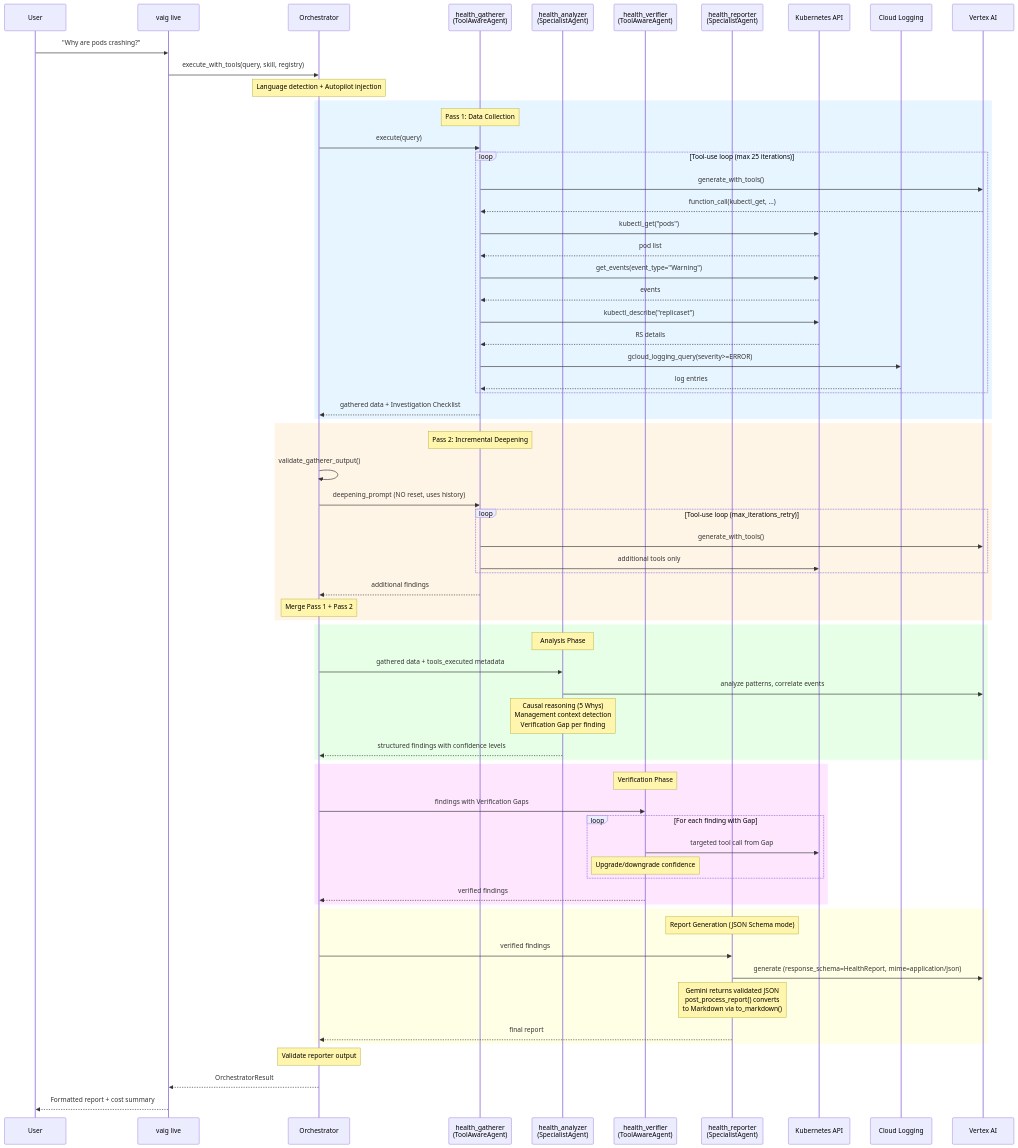
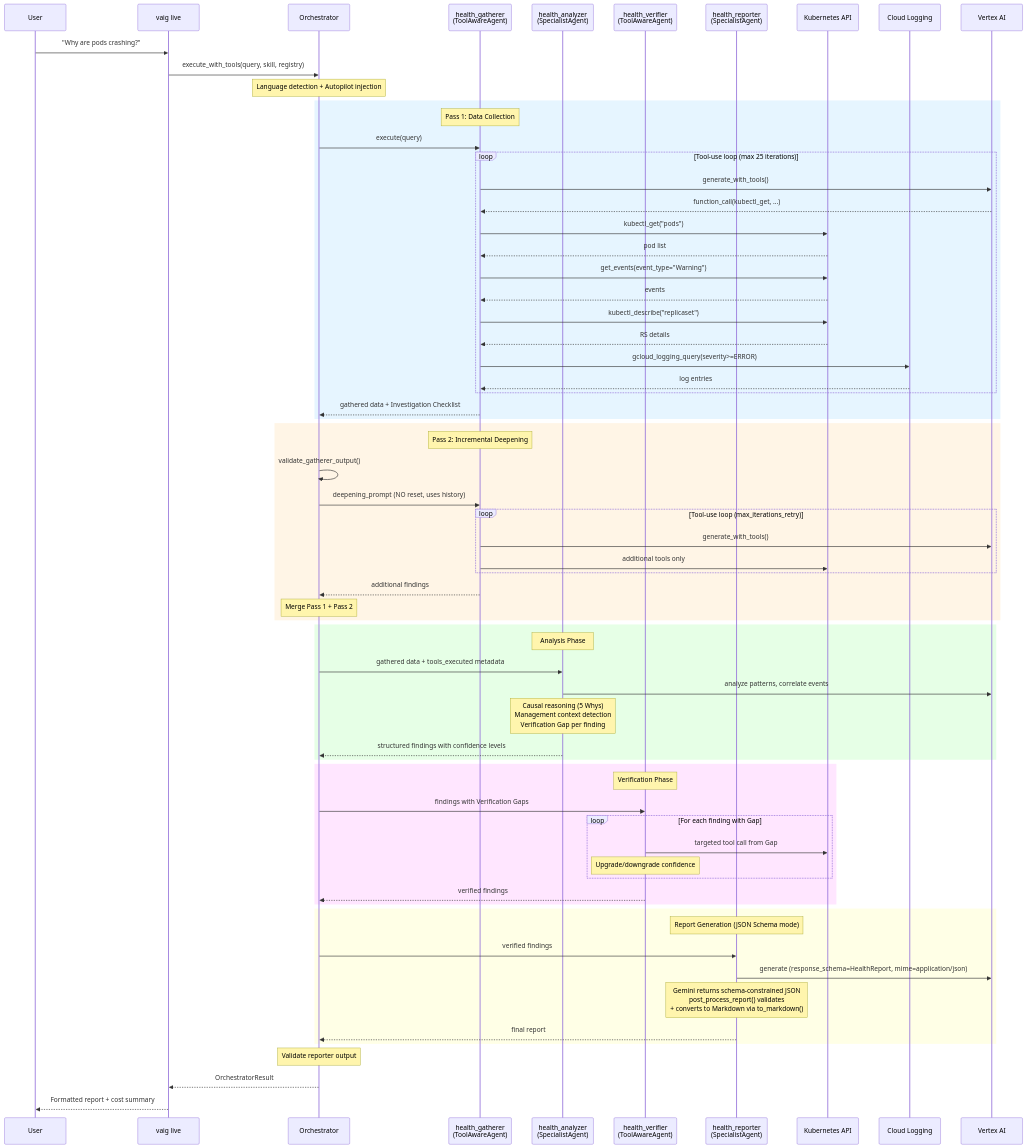
One commit to Isamel/vertex-ai-toolkit changed the second of 6 diagrams in docs/architecture.md. Above: the diagram before and after it, drawn with Mermaid. The commit also changed 2 other files, not shown here.

Commit message:
docs: fix wording per Copilot review — schema-constrained JSON and StrEnum clarification

````diff
--- a/docs/architecture.md
+++ b/docs/architecture.md
@@ -110,78 +110,78 @@
 ```mermaid
 sequenceDiagram
     participant User
     participant CLI as vaig live
     participant Orch as Orchestrator
     participant G as health_gatherer<br/>(ToolAwareAgent)
     participant A as health_analyzer<br/>(SpecialistAgent)
     participant V as health_verifier<br/>(ToolAwareAgent)
     participant R as health_reporter<br/>(SpecialistAgent)
     participant K8s as Kubernetes API
     participant CL as Cloud Logging
     participant Gemini as Vertex AI
 
     User->>CLI: "Why are pods crashing?"
     CLI->>Orch: execute_with_tools(query, skill, registry)
 
     Note over Orch: Language detection + Autopilot injection
 
     rect rgb(230, 245, 255)
         Note over G: Pass 1: Data Collection
         Orch->>G: execute(query)
         loop Tool-use loop (max 25 iterations)
             G->>Gemini: generate_with_tools()
             Gemini-->>G: function_call(kubectl_get, ...)
             G->>K8s: kubectl_get("pods")
             K8s-->>G: pod list
             G->>K8s: get_events(event_type="Warning")
             K8s-->>G: events
             G->>K8s: kubectl_describe("replicaset")
             K8s-->>G: RS details
             G->>CL: gcloud_logging_query(severity>=ERROR)
             CL-->>G: log entries
         end
         G-->>Orch: gathered data + Investigation Checklist
     end
 
     rect rgb(255, 245, 230)
         Note over G: Pass 2: Incremental Deepening
         Orch->>Orch: validate_gatherer_output()
         Orch->>G: deepening_prompt (NO reset, uses history)
         loop Tool-use loop (max_iterations_retry)
             G->>Gemini: generate_with_tools()
             G->>K8s: additional tools only
         end
         G-->>Orch: additional findings
         Note over Orch: Merge Pass 1 + Pass 2
     end
 
     rect rgb(230, 255, 230)
         Note over A: Analysis Phase
         Orch->>A: gathered data + tools_executed metadata
         A->>Gemini: analyze patterns, correlate events
         Note over A: Causal reasoning (5 Whys)<br/>Management context detection<br/>Verification Gap per finding
         A-->>Orch: structured findings with confidence levels
     end
 
     rect rgb(255, 230, 255)
         Note over V: Verification Phase
         Orch->>V: findings with Verification Gaps
         loop For each finding with Gap
             V->>K8s: targeted tool call from Gap
             Note over V: Upgrade/downgrade confidence
         end
         V-->>Orch: verified findings
     end
 
     rect rgb(255, 255, 230)
         Note over R: Report Generation (JSON Schema mode)
         Orch->>R: verified findings
         R->>Gemini: generate (response_schema=HealthReport, mime=application/json)
-        Note over R: Gemini returns validated JSON<br/>post_process_report() converts<br/>to Markdown via to_markdown()
+        Note over R: Gemini returns schema-constrained JSON<br/>post_process_report() validates<br/>+ converts to Markdown via to_markdown()
         R-->>Orch: final report
     end
 
     Note over Orch: Validate reporter output
     Orch-->>CLI: OrchestratorResult
     CLI-->>User: Formatted report + cost summary
 ```
````
